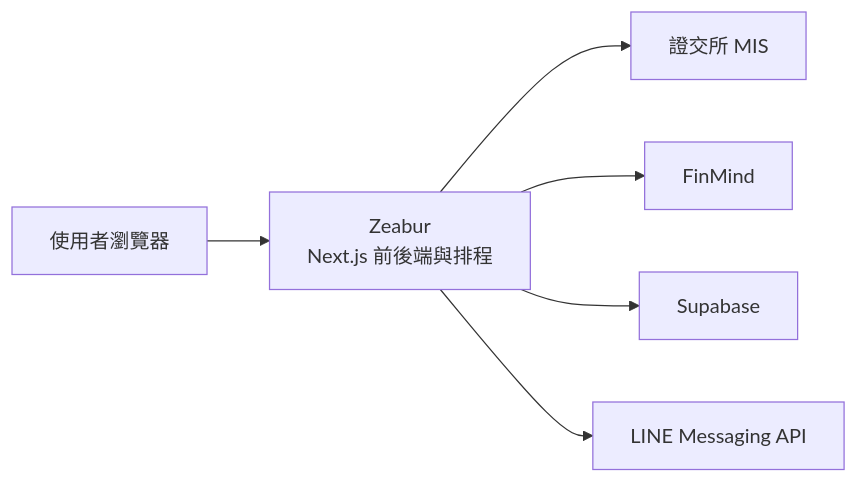
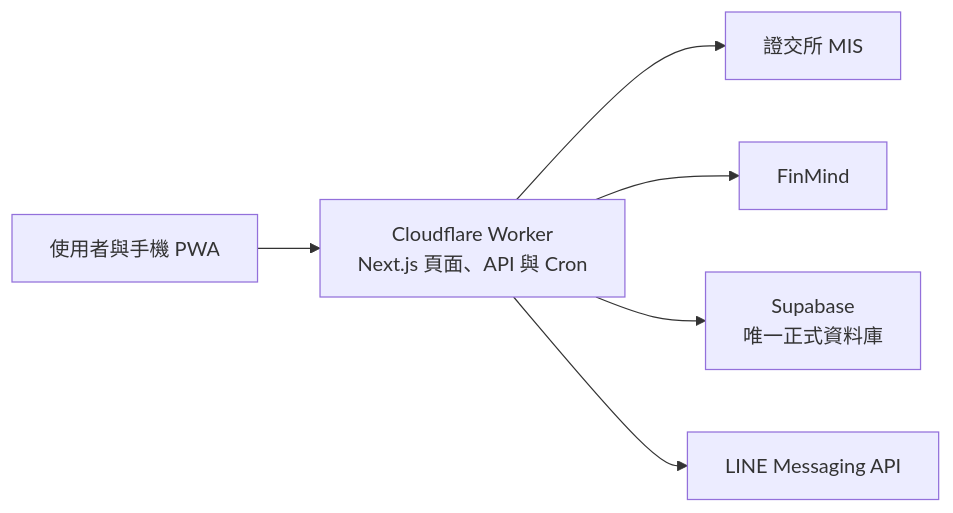
One commit to jack926509/Taiwan-stock-tracker changed the diagram in README.md. Above: the diagram before and after it, drawn with Mermaid. The commit also changed other lines of this file and 2 other files, not shown here.

Commit message:
docs: 更新 Cloudflare Worker 維運與驗收流程

````diff
--- a/README.md
+++ b/README.md
@@ -46,8 +46,8 @@
 ```mermaid
 flowchart LR
-    U[使用者瀏覽器] --> Z[Zeabur\nNext.js 前後端與排程]
-    Z --> TWSE[證交所 MIS]
-    Z --> FM[FinMind]
-    Z --> SB[Supabase]
-    Z --> LINE[LINE Messaging API]
+    U["使用者與手機 PWA"] --> CF["Cloudflare Worker<br/>Next.js 頁面、API 與 Cron"]
+    CF --> TWSE["證交所 MIS"]
+    CF --> FM["FinMind"]
+    CF --> SB["Supabase<br/>唯一正式資料庫"]
+    CF --> LINE["LINE Messaging API"]
 ```
````
